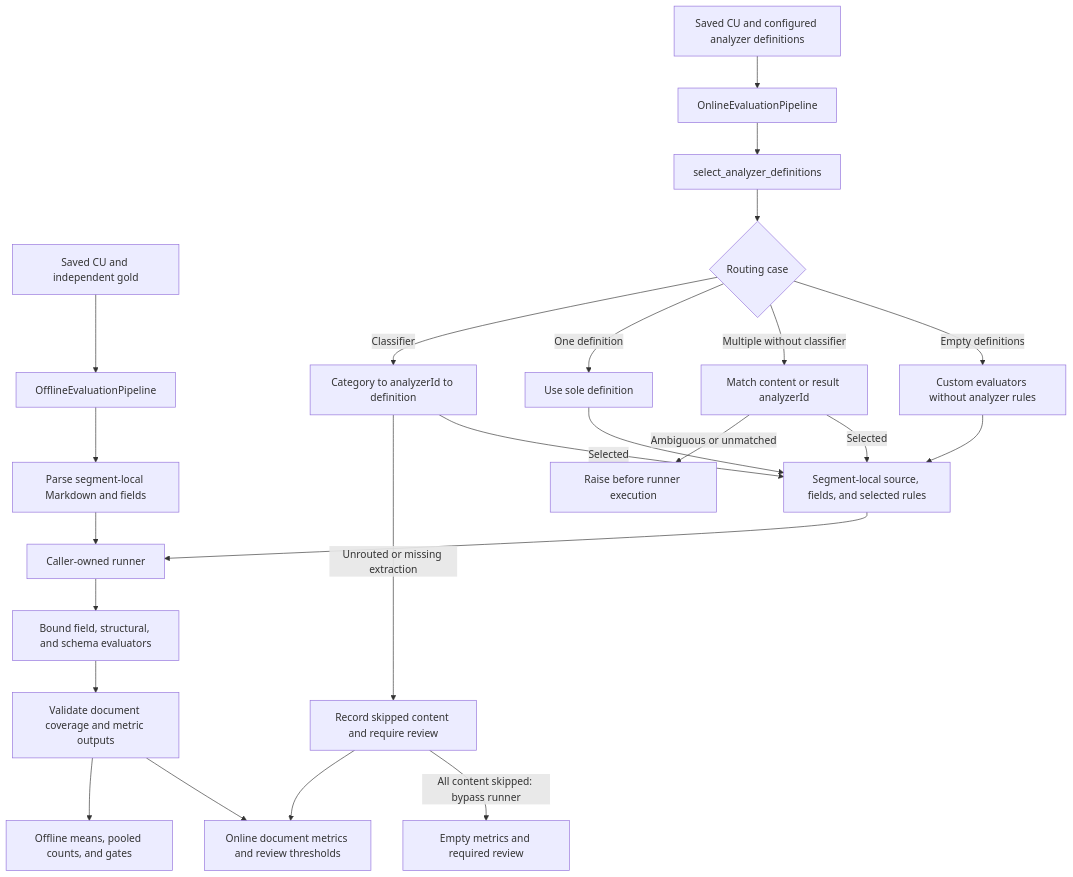
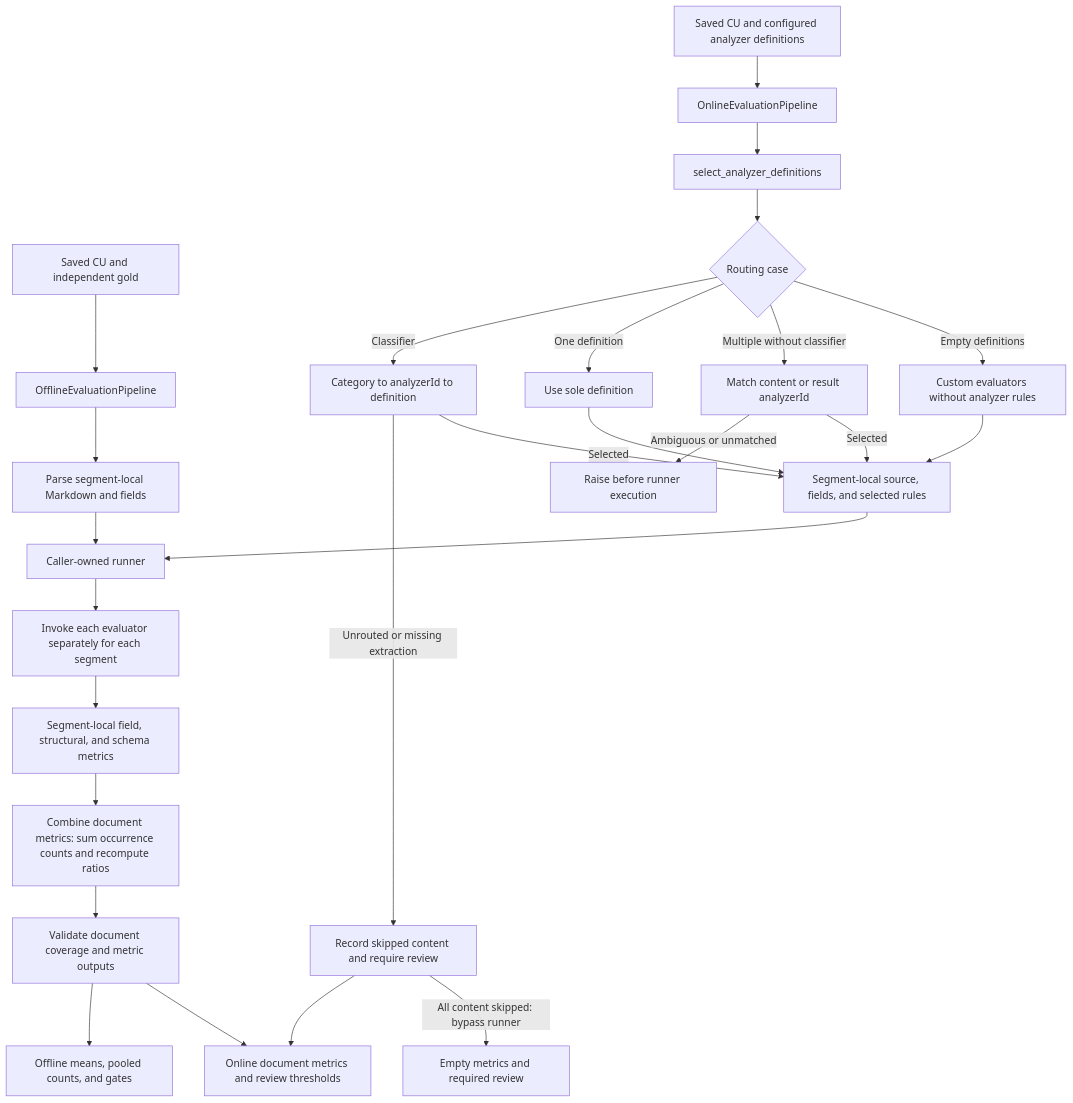
One commit to krprashantpk/extractly changed the diagram in architecture.md. Above: the diagram before and after it, drawn with Mermaid. The commit also changed other lines of this file and 5 other files, not shown here.

````diff
--- a/architecture.md
+++ b/architecture.md
@@ -11,26 +11,28 @@
 ```mermaid
 flowchart TD
     Gold[Saved CU and independent gold] --> Offline[OfflineEvaluationPipeline]
     CU[Saved CU and configured analyzer definitions] --> Online[OnlineEvaluationPipeline]
     Offline --> Parse[Parse segment-local Markdown and fields]
     Online --> Select[select_analyzer_definitions]
     Select --> Routing{Routing case}
     Routing -->|Classifier| Category[Category to analyzerId to definition]
     Routing -->|One definition| Single[Use sole definition]
     Routing -->|Multiple without classifier| Identity[Match content or result analyzerId]
     Routing -->|Empty definitions| Custom[Custom evaluators without analyzer rules]
     Category -->|Unrouted or missing extraction| Skipped[Record skipped content and require review]
     Identity -->|Ambiguous or unmatched| Error[Raise before runner execution]
     Category -->|Selected| Inputs[Segment-local source, fields, and selected rules]
     Single --> Inputs
     Identity -->|Selected| Inputs
     Custom --> Inputs
     Parse --> Runner[Caller-owned runner]
     Inputs --> Runner
-    Runner --> Evaluators[Bound field, structural, and schema evaluators]
-    Evaluators --> Coverage[Validate document coverage and metric outputs]
+    Runner --> Segments[Invoke each evaluator separately for each segment]
+    Segments --> Evaluators[Segment-local field, structural, and schema metrics]
+    Evaluators --> Combined[Combine document metrics: sum occurrence counts and recompute ratios]
+    Combined --> Coverage[Validate document coverage and metric outputs]
     Coverage --> OfflineReport[Offline means, pooled counts, and gates]
     Coverage --> OnlineReport[Online document metrics and review thresholds]
     Skipped --> OnlineReport
     Skipped -->|All content skipped: bypass runner| Empty[Empty metrics and required review]
 ```
````
